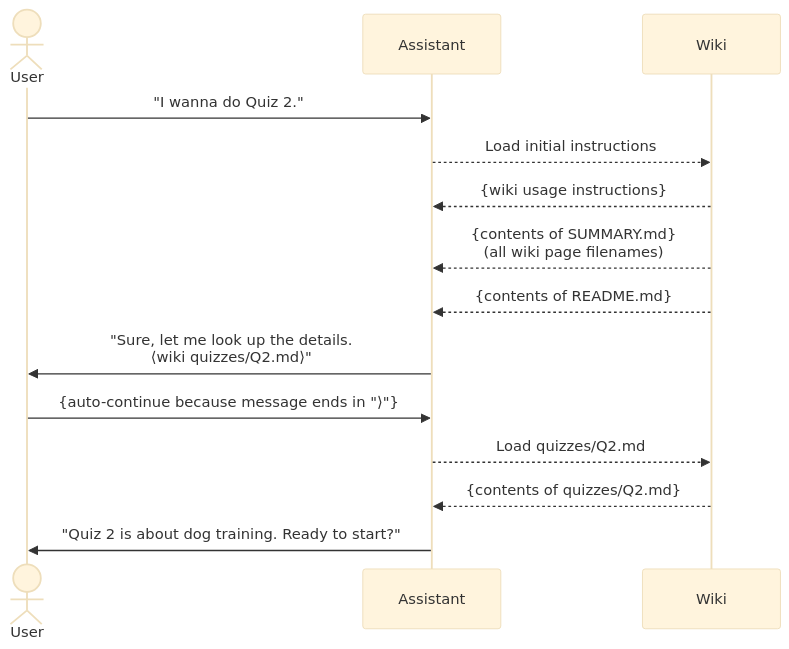
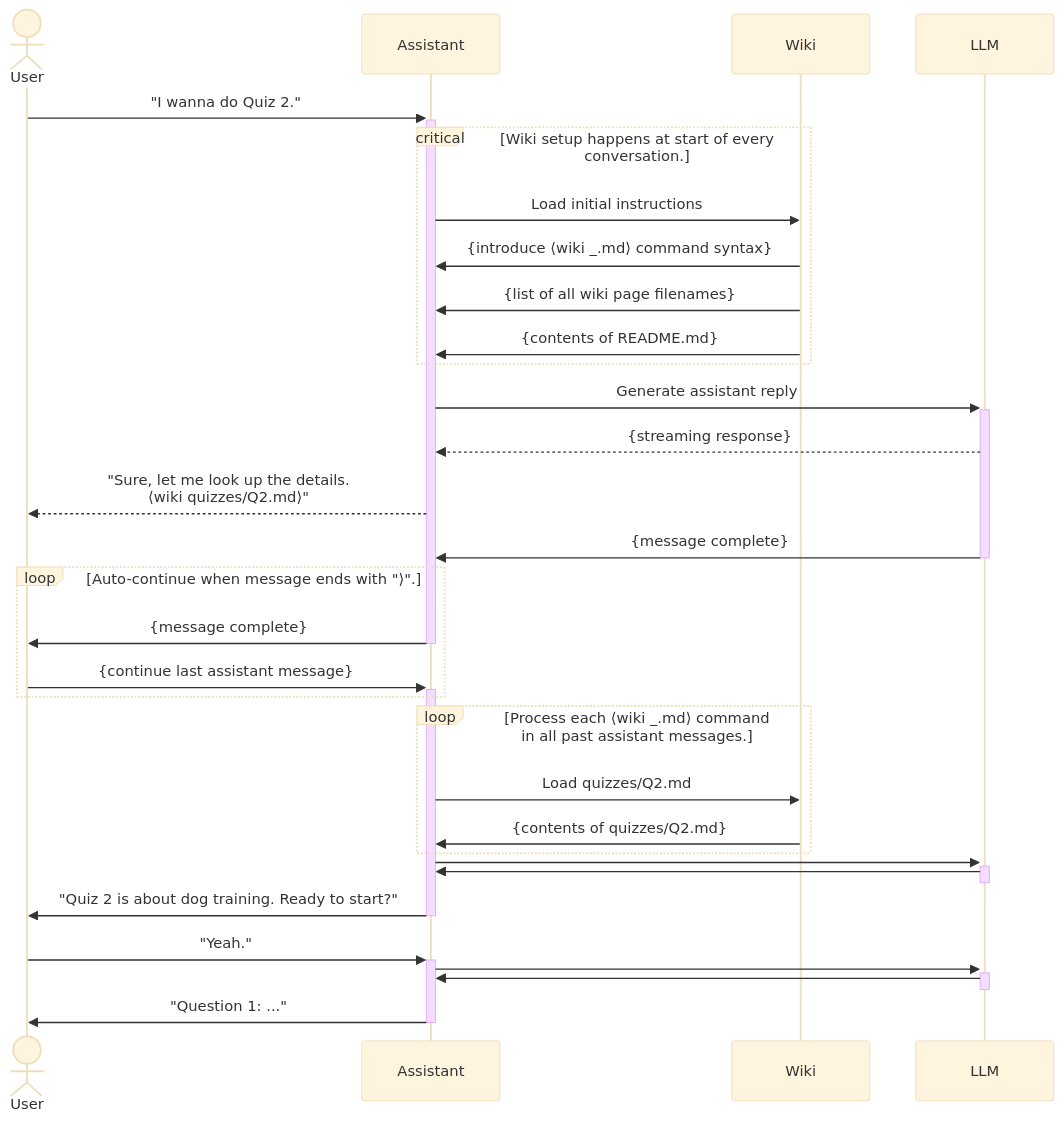
Before and after one commit to rndmcnlly/brace: the second of 2 diagrams in README.md, drawn with Mermaid (base theme).

Commit message:
better wiki diagram

````diff
--- a/README.md
+++ b/README.md
@@ -125,22 +125,42 @@
 ```mermaid
 sequenceDiagram
     actor U as User
     participant A as Assistant
     participant W as Wiki
+    participant L as LLM
 
-    U ->> A: "I wanna do Quiz 2."
-    A -->> W: Load initial instructions
+    U ->>+ A: "I wanna do Quiz 2."
 
-    W -->> A: {wiki usage instructions}
-    W -->> A: {contents of SUMMARY.md}<br/>(all wiki page filenames)
-    W -->> A: {contents of README.md}
+    critical Wiki setup happens at start of every conversation.
+        A ->> W: Load initial instructions
+        W ->> A: {introduce ⟨wiki _.md⟩ command syntax}
+        W ->> A: {list of all wiki page filenames}
+        W ->> A: {contents of README.md}
+    end
 
-    A ->> U: "Sure, let me look up the details.<br/>⟨wiki quizzes/Q2.md⟩"
+    
+    A ->>+ L: Generate assistant reply
+    L -->> A: {streaming response}
+    A -->> U: "Sure, let me look up the details.<br/>⟨wiki quizzes/Q2.md⟩"
+    L ->>- A: {message complete}
 
-    U ->> A: {auto-continue because message ends in "⟩"}
+    loop Auto-continue when message ends with "⟩".
+        A ->>- U: {message complete}
+        U ->>+ A: {continue last assistant message}
+    end
 
-    A -->> W: Load quizzes/Q2.md
-    W -->> A: {contents of quizzes/Q2.md}
+    loop Process each ⟨wiki _.md⟩ command<br>in all past assistant messages.
+        A ->> W: Load quizzes/Q2.md
+        W ->> A: {contents of quizzes/Q2.md}
+    end
 
-    A ->> U: "Quiz 2 is about dog training. Ready to start?" 
+    A ->>+ L: 
+    L ->>- A: 
+
+    A ->>- U: "Quiz 2 is about dog training. Ready to start?"
+
+    U ->>+ A: "Yeah."
+    A ->>+ L: 
+    L ->>- A: 
+    A ->>- U: "Question 1: ..."
 ```
````
